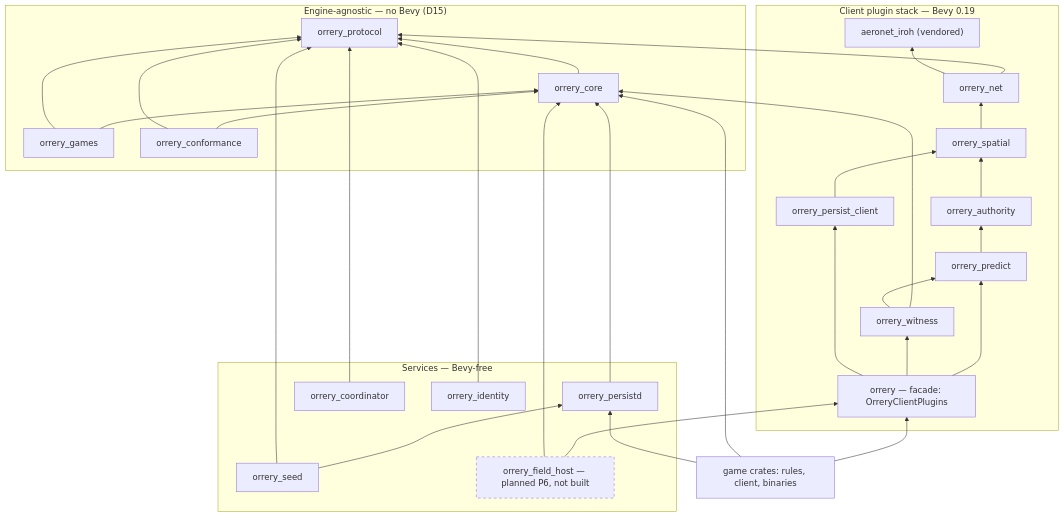
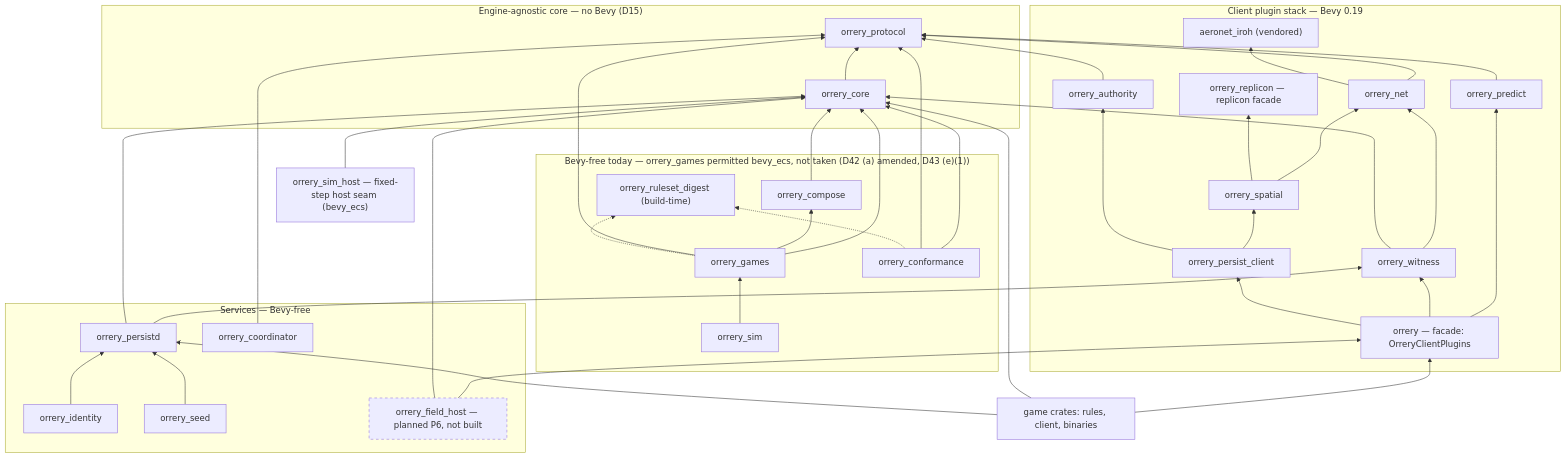
The diagram in docs/10-crates.md (baadc0de/orrery), drawn with Mermaid before and after one commit. The commit also changed other lines of this file and 6 other files, not shown here.

````diff
--- a/docs/10-crates.md
+++ b/docs/10-crates.md
@@ -49,56 +54,71 @@
 ```mermaid
 graph BT
-    subgraph agnostic["Engine-agnostic — no Bevy (D15)"]
+    subgraph agnostic["Engine-agnostic core — no Bevy (D15)"]
         protocol["orrery_protocol"]
         core["orrery_core"]
+    end
+    subgraph headless["Bevy-free today — orrery_games permitted bevy_ecs, not taken (D42 (a) amended, D43 (e)(1))"]
+        compose["orrery_compose"]
+        ruleset_digest["orrery_ruleset_digest (build-time)"]
         games["orrery_games"]
+        sim["orrery_sim"]
         conf["orrery_conformance"]
     end
     subgraph client["Client plugin stack — Bevy 0.19"]
         iroh_io["aeronet_iroh (vendored)"]
+        replicon["orrery_replicon — replicon facade"]
         net["orrery_net"]
         spatial["orrery_spatial"]
         authority["orrery_authority"]
         predict["orrery_predict"]
         witness["orrery_witness"]
         pclient["orrery_persist_client"]
         facade["orrery — facade: OrreryClientPlugins"]
     end
     subgraph services["Services — Bevy-free"]
         persistd["orrery_persistd"]
         coord["orrery_coordinator"]
         identity["orrery_identity"]
         seed["orrery_seed"]
         fhost["orrery_field_host — planned P6, not built"]
     end
     classDef planned stroke-dasharray: 5 5;
     class fhost planned;
+    sim_host["orrery_sim_host — fixed-step host seam (bevy_ecs)"]
     game["game crates: rules, client, binaries"]
 
     core --> protocol
+    compose --> core
     net --> protocol
     net --> iroh_io
     spatial --> net
-    authority --> spatial
-    predict --> authority
+    spatial --> replicon
+    authority --> protocol
+    predict --> protocol
+    witness --> net
     witness --> core
-    witness --> predict
     pclient --> spatial
+    pclient --> authority
     facade --> predict
     facade --> witness
     facade --> pclient
     games --> core
+    games --> compose
     games --> protocol
     conf --> core
     conf --> protocol
+    sim --> games
+    sim_host --> core
     seed --> persistd
-    seed --> protocol
+    persistd --> witness
     persistd --> core
     coord --> protocol
-    identity --> protocol
+    identity --> persistd
     fhost --> facade
     fhost --> core
     game --> facade
     game --> core
     game --> persistd
+    games -.-> ruleset_digest
+    conf -.-> ruleset_digest
 ```
````
